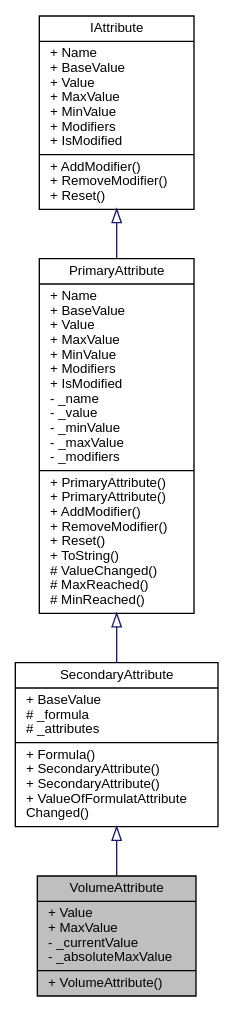
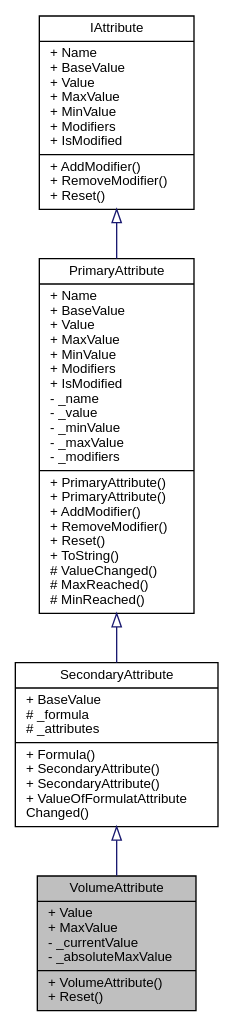
One commit to PaulSchweizer/ActionRpgKit changed the diagram in df/dc8/class_action_rpg_kit_1_1_character_1_1_attribute_1_1_volume_attribute__inherit__graph.dot. Above: the diagram before and after it, drawn with Graphviz. The commit also changed 323 other files, not shown here.

```diff
--- a/df/dc8/class_action_rpg_kit_1_1_character_1_1_attribute_1_1_volume_attribute__inherit__graph.dot
+++ b/df/dc8/class_action_rpg_kit_1_1_character_1_1_attribute_1_1_volume_attribute__inherit__graph.dot
@@ -1,13 +1,13 @@
 digraph "VolumeAttribute"
 {
  // INTERACTIVE_SVG=YES
   edge [fontname="Helvetica",fontsize="10",labelfontname="Helvetica",labelfontsize="10"];
   node [fontname="Helvetica",fontsize="10",shape=record];
-  Node1 [label="{VolumeAttribute\n|+ Value\l+ MaxValue\l- _currentValue\l- _absoluteMaxValue\l|+ VolumeAttribute()\l}",height=0.2,width=0.4,color="black", fillcolor="grey75", style="filled", fontcolor="black"];
+  Node1 [label="{VolumeAttribute\n|+ Value\l+ MaxValue\l- _currentValue\l- _absoluteMaxValue\l|+ VolumeAttribute()\l+ Reset()\l}",height=0.2,width=0.4,color="black", fillcolor="grey75", style="filled", fontcolor="black"];
   Node2 -> Node1 [dir="back",color="midnightblue",fontsize="10",style="solid",arrowtail="onormal",fontname="Helvetica"];
   Node2 [label="{SecondaryAttribute\n|+ BaseValue\l# _formula\l# _attributes\l|+ Formula()\l+ SecondaryAttribute()\l+ SecondaryAttribute()\l+ ValueOfFormulatAttribute\lChanged()\l}",height=0.2,width=0.4,color="black", fillcolor="white", style="filled",URL="$df/d43/class_action_rpg_kit_1_1_character_1_1_attribute_1_1_secondary_attribute.xhtml",tooltip="The Value is calculated through a given formula. "];
   Node3 -> Node2 [dir="back",color="midnightblue",fontsize="10",style="solid",arrowtail="onormal",fontname="Helvetica"];
   Node3 [label="{PrimaryAttribute\n|+ Name\l+ BaseValue\l+ Value\l+ MaxValue\l+ MinValue\l+ Modifiers\l+ IsModified\l- _name\l- _value\l- _minValue\l- _maxValue\l- _modifiers\l|+ PrimaryAttribute()\l+ PrimaryAttribute()\l+ AddModifier()\l+ RemoveModifier()\l+ Reset()\l+ ToString()\l# ValueChanged()\l# MaxReached()\l# MinReached()\l}",height=0.2,width=0.4,color="black", fillcolor="white", style="filled",URL="$d5/ddc/class_action_rpg_kit_1_1_character_1_1_attribute_1_1_primary_attribute.xhtml",tooltip="Represents a simple float value."];
   Node4 -> Node3 [dir="back",color="midnightblue",fontsize="10",style="solid",arrowtail="onormal",fontname="Helvetica"];
   Node4 [label="{IAttribute\n|+ Name\l+ BaseValue\l+ Value\l+ MaxValue\l+ MinValue\l+ Modifiers\l+ IsModified\l|+ AddModifier()\l+ RemoveModifier()\l+ Reset()\l}",height=0.2,width=0.4,color="black", fillcolor="white", style="filled",URL="$d5/d7e/interface_action_rpg_kit_1_1_character_1_1_attribute_1_1_i_attribute.xhtml",tooltip="Interface for Attributes."];
 }
```
